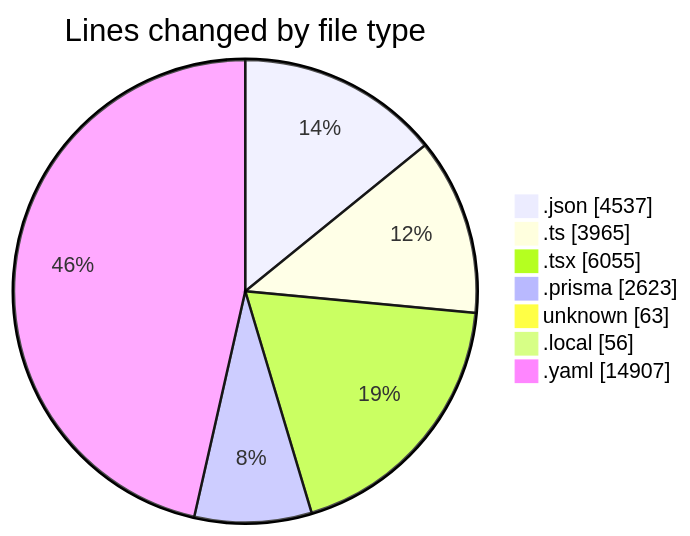
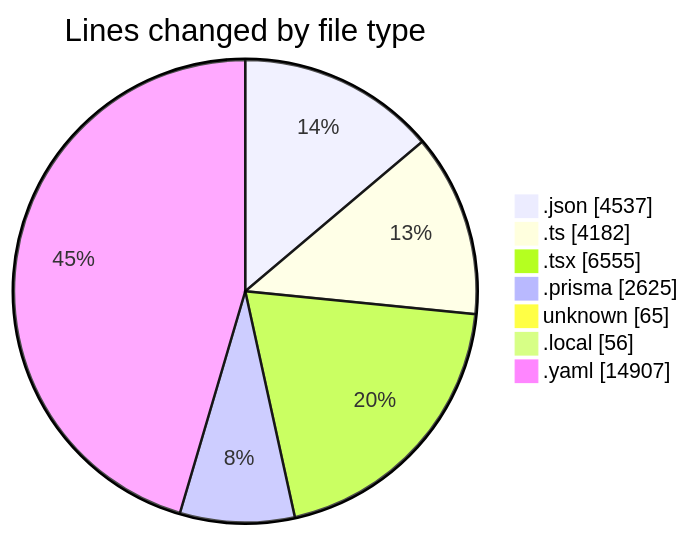
The first of 2 diagrams in 2025-05-15/ecodeli-1/README.md (CELIANVF/code-tracking), drawn with Mermaid before and after one commit. The commit also changed other lines of this file and 1 other file, not shown here.

````diff
--- a/2025-05-15/ecodeli-1/README.md
+++ b/2025-05-15/ecodeli-1/README.md
@@ -53,11 +54,11 @@
 ```mermaid
 pie showData
 title Lines changed by file type
 ".json" : 4537
-".ts" : 3965
-".tsx" : 6055
-".prisma" : 2623
-"unknown" : 63
+".ts" : 4182
+".tsx" : 6555
+".prisma" : 2625
+"unknown" : 65
 ".local" : 56
 ".yaml" : 14907
 ```
````
